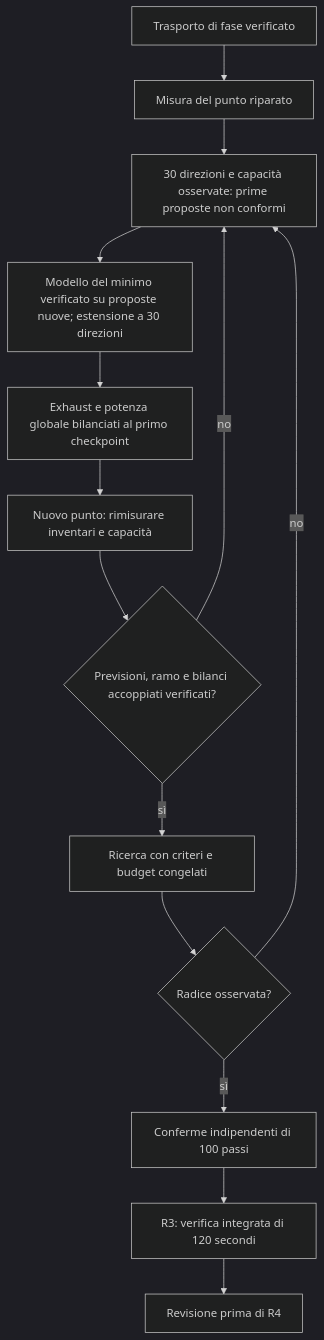
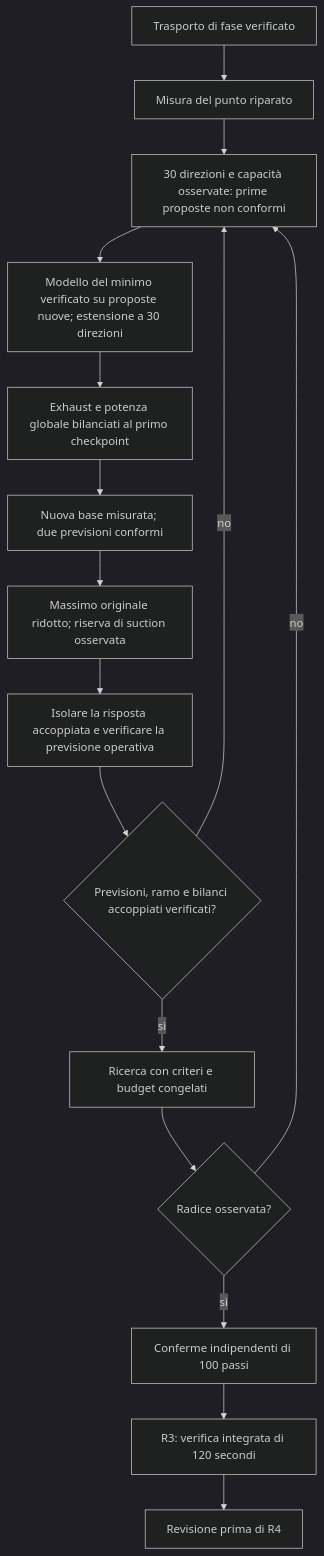
Before and after one commit to archistico/NuclearReactorSimulator: the first of 2 diagrams in docs/ROADMAP.md, drawn with Mermaid (dark theme). The commit also changed other lines of this file and 75 other files, not shown here.

````diff
--- a/docs/ROADMAP.md
+++ b/docs/ROADMAP.md
@@ -92,16 +104,18 @@
 ```mermaid
 flowchart TD
     R["Trasporto di fase verificato"] --> M["Misura del punto riparato"]
     M --> S["30 direzioni e capacità osservate: prime proposte non conformi"]
     S --> A["Modello del minimo verificato su proposte nuove; estensione a 30 direzioni"]
     A --> P["Exhaust e potenza globale bilanciati al primo checkpoint"]
-    P --> L["Nuovo punto: rimisurare inventari e capacità"]
-    L --> B{"Previsioni, ramo e bilanci accoppiati verificati?"}
+    P --> L["Nuova base misurata; due previsioni conformi"]
+    L --> O["Massimo originale ridotto; riserva di suction osservata"]
+    O --> J["Isolare la risposta accoppiata e verificare la previsione operativa"]
+    J --> B{"Previsioni, ramo e bilanci accoppiati verificati?"}
     B -->|"no"| S
     B -->|"sì"| C["Ricerca con criteri e budget congelati"]
     C --> D{"Radice osservata?"}
     D -->|"no"| S
     D -->|"sì"| E["Conferme indipendenti di 100 passi"]
     E --> F["R3: verifica integrata di 120 secondi"]
     F --> G["Revisione prima di R4"]
 ```
````
